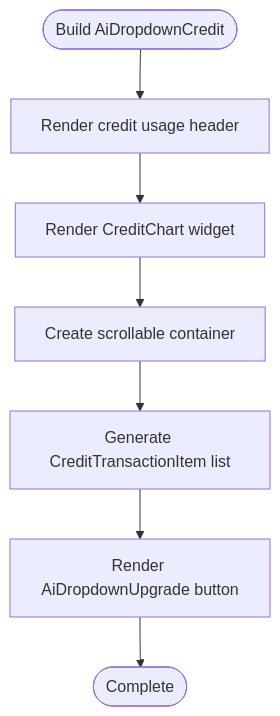
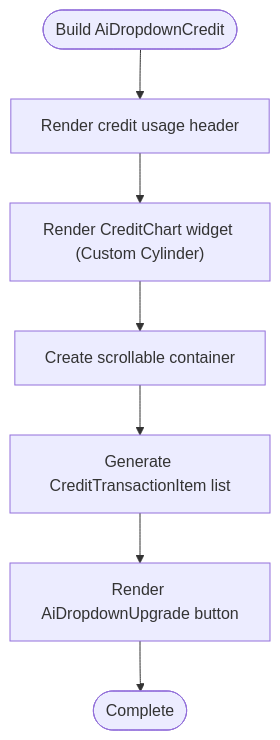
Diagram 14 of 15 in .qoder/repowiki/en/content/Core Features/User Profile Management/Credit Balance System.md (Ariful3111/FurniGo), drawn with Mermaid before and after one commit. The commit also changed other lines of this file and 1 other file, not shown here.

````diff
--- a/.qoder/repowiki/en/content/Core Features/User Profile Management/Credit Balance System.md
+++ b/.qoder/repowiki/en/content/Core Features/User Profile Management/Credit Balance System.md
@@ -490,9 +620,9 @@
 ```mermaid
 flowchart TD
 Start(["Build AiDropdownCredit"]) --> Header["Render credit usage header"]
-Header --> Chart["Render CreditChart widget"]
+Header --> Chart["Render CreditChart widget (Custom Cylinder)"]
 Chart --> Scroll["Create scrollable container"]
 Scroll --> Transactions["Generate CreditTransactionItem list"]
 Transactions --> Upgrade["Render AiDropdownUpgrade button"]
 Upgrade --> End(["Complete"])
 ```
````
